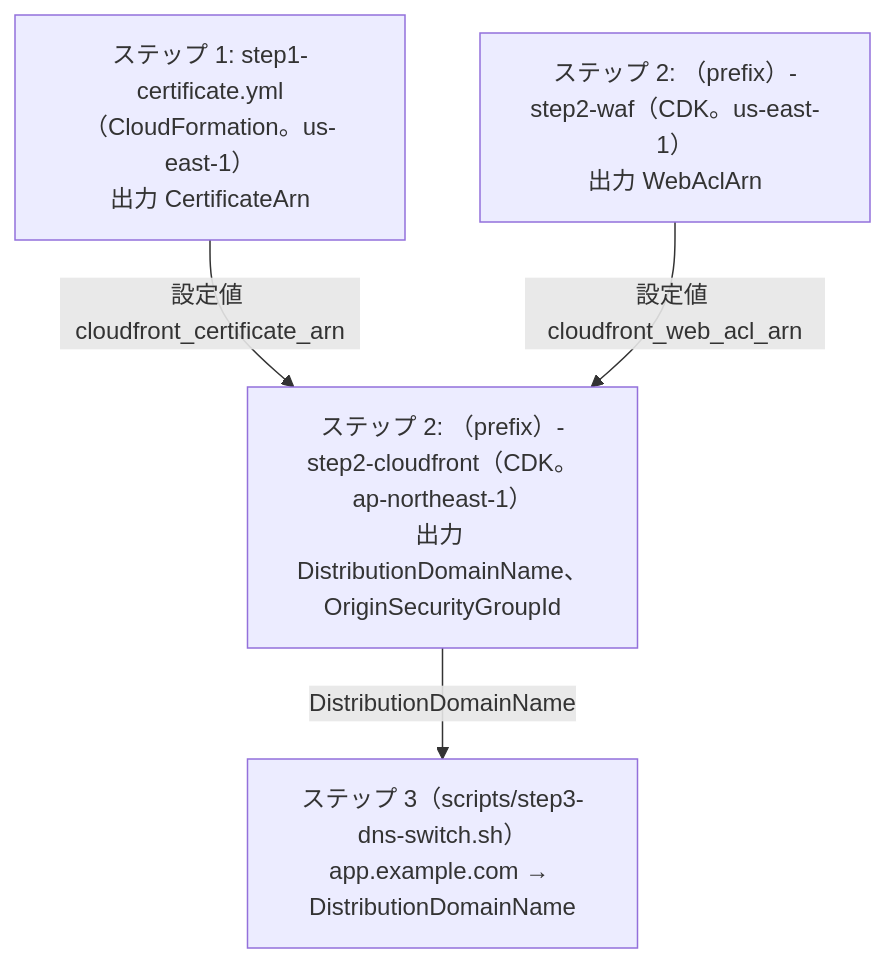
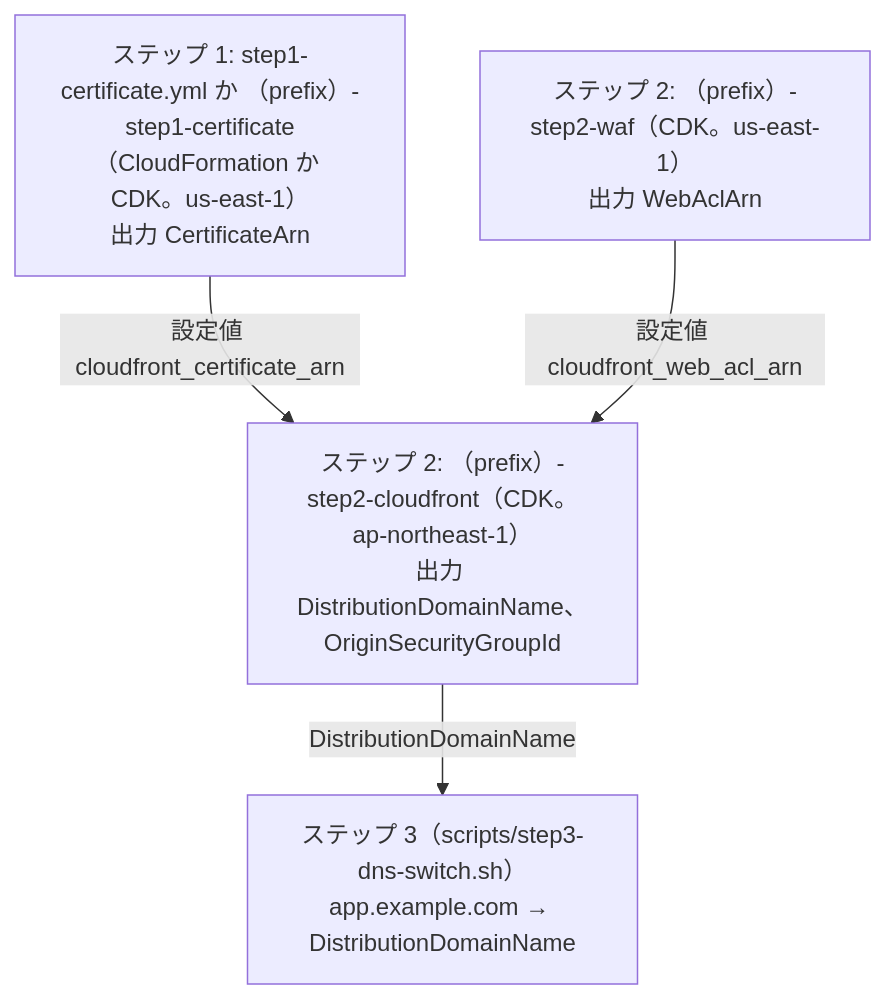
Before and after one commit to rxsxkxd/pk: the diagram in docs/ec2/tls-termination-migration/definitions.md, drawn with Mermaid. The commit also changed other lines of this file and 20 other files, not shown here.

````diff
--- a/docs/ec2/tls-termination-migration/definitions.md
+++ b/docs/ec2/tls-termination-migration/definitions.md
@@ -24,11 +24,11 @@
 ```mermaid
 %%{init: {"themeVariables": {"fontSize": "16px"}}}%%
 flowchart TD
-  S1["ステップ 1: step1-certificate.yml（CloudFormation。us-east-1）<br/>出力 CertificateArn"]
+  S1["ステップ 1: step1-certificate.yml か （prefix）-step1-certificate（CloudFormation か CDK。us-east-1）<br/>出力 CertificateArn"]
   W["ステップ 2: （prefix）-step2-waf（CDK。us-east-1）<br/>出力 WebAclArn"]
   CF["ステップ 2: （prefix）-step2-cloudfront（CDK。ap-northeast-1）<br/>出力 DistributionDomainName、OriginSecurityGroupId"]
   S3["ステップ 3（scripts/step3-dns-switch.sh）<br/>app.example.com → DistributionDomainName"]
   S1 -- "設定値 cloudfront_certificate_arn" --> CF
   W -- "設定値 cloudfront_web_acl_arn" --> CF
   CF -- "DistributionDomainName" --> S3
 ```
````
